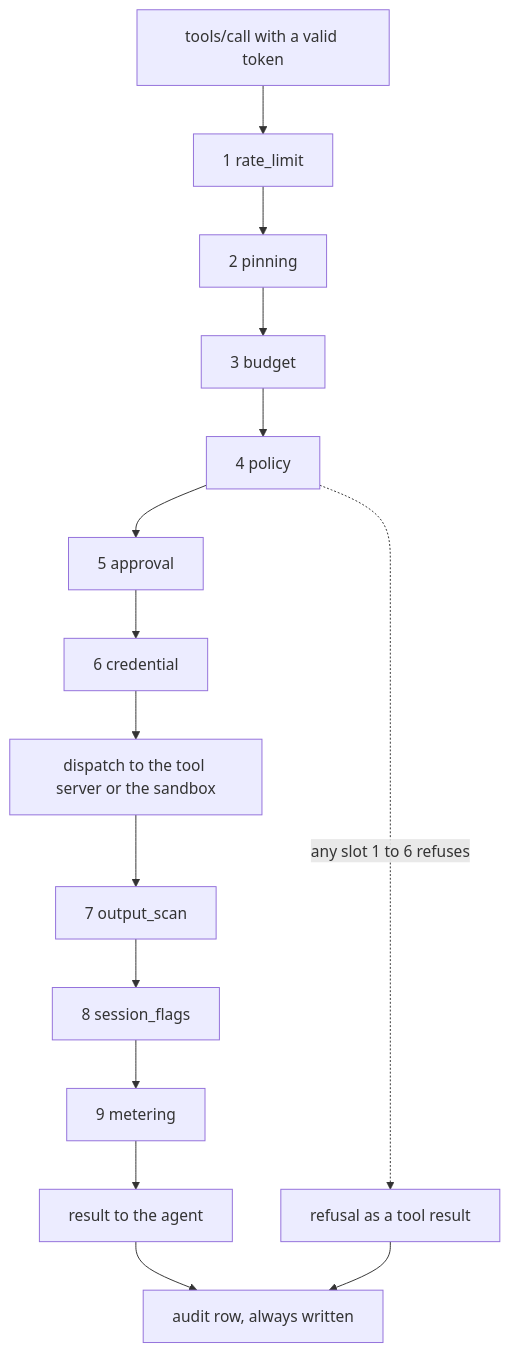
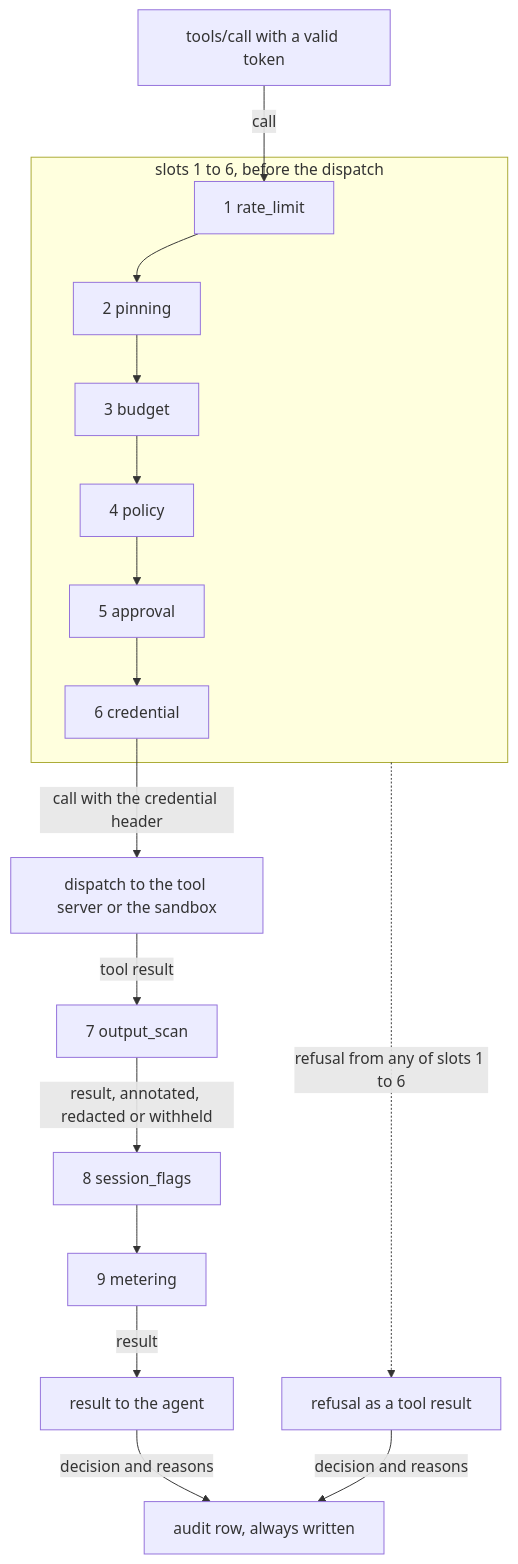
One commit to hoomanesteki/keystone-mcp-gateway-ai-agent-security changed the second of 2 diagrams in README.md. Above: the diagram before and after it, drawn with Mermaid. The commit also changed other lines of this file and 3 other files, not shown here.

````diff
--- a/README.md
+++ b/README.md
@@ -154,17 +133,15 @@
 ```mermaid
 flowchart TD
-  IN["tools/call with a valid token"] --> S1["1 rate_limit"]
-  S1 --> S2["2 pinning"]
-  S2 --> S3["3 budget"]
-  S3 --> S4["4 policy"]
-  S4 --> S5["5 approval"]
-  S5 --> S6["6 credential"]
-  S6 --> D["dispatch to the tool server or the sandbox"]
-  D --> S7["7 output_scan"]
-  S7 --> S8["8 session_flags"]
+  IN["tools/call with a valid token"] -->|"call"| S1
+  subgraph pre ["slots 1 to 6, before the dispatch"]
+    S1["1 rate_limit"] --> S2["2 pinning"] --> S3["3 budget"] --> S4["4 policy"] --> S5["5 approval"] --> S6["6 credential"]
+  end
+  S6 -->|"call with the credential header"| D["dispatch to the tool server or the sandbox"]
+  D -->|"tool result"| S7["7 output_scan"]
+  S7 -->|"result, annotated, redacted or withheld"| S8["8 session_flags"]
   S8 --> S9["9 metering"]
-  S9 --> OUT["result to the agent"]
-  S4 -.->|"any slot 1 to 6 refuses"| REF["refusal as a tool result"]
-  OUT --> AUD["audit row, always written"]
-  REF --> AUD
+  S9 -->|"result"| OUT["result to the agent"]
+  pre -.->|"refusal from any of slots 1 to 6"| REF["refusal as a tool result"]
+  OUT -->|"decision and reasons"| AUD["audit row, always written"]
+  REF -->|"decision and reasons"| AUD
 ```
````
